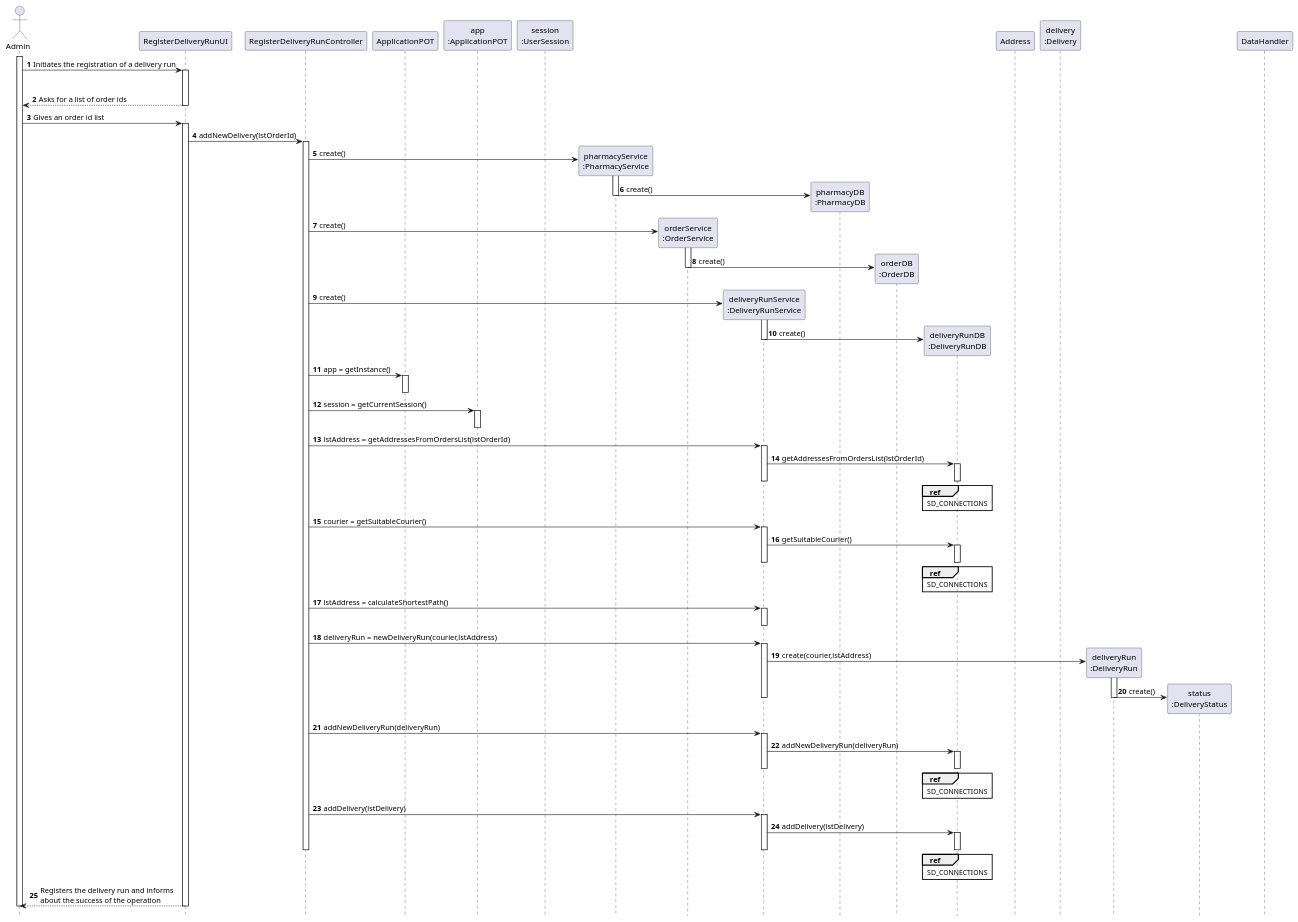
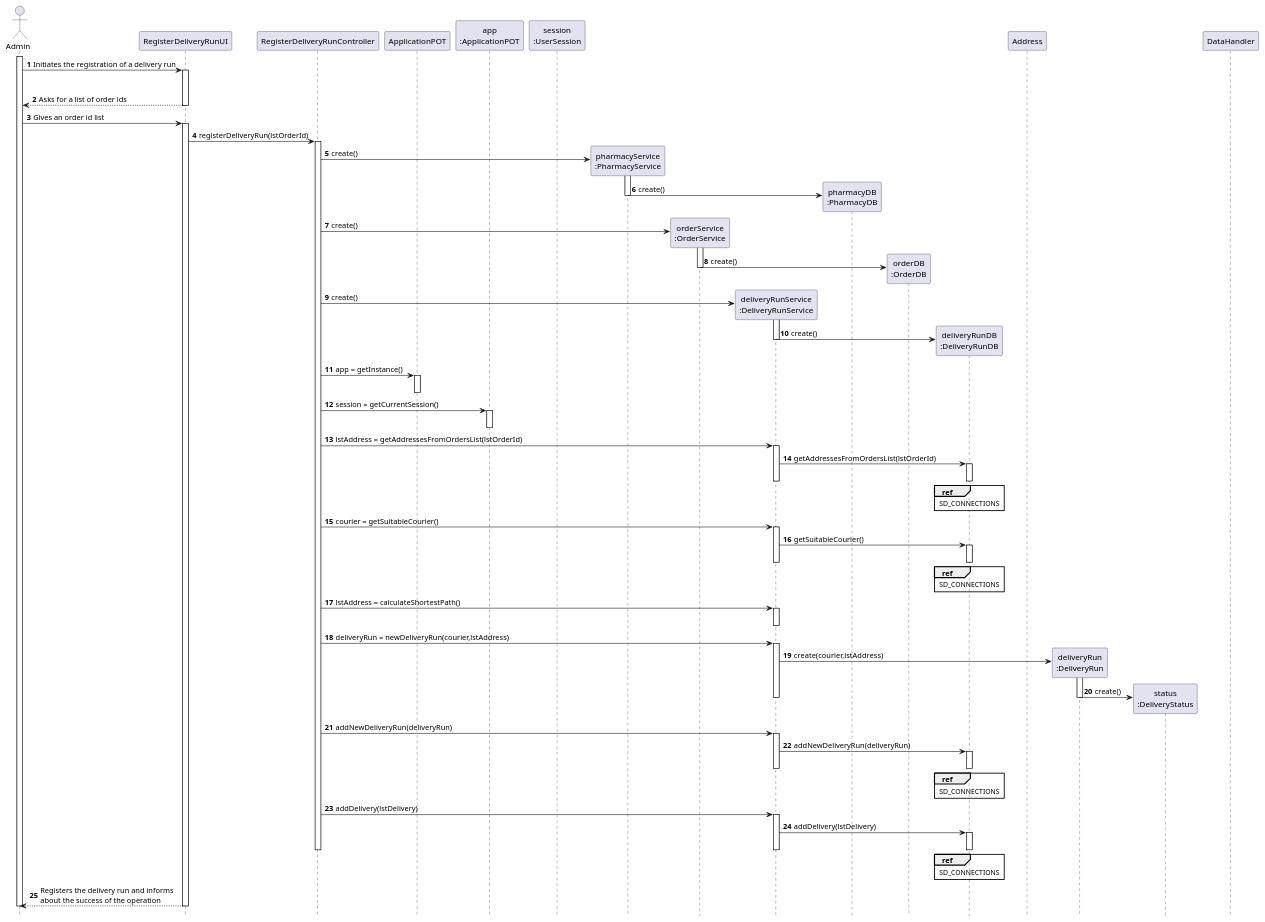
One commit to tiagoavcosta25/LAPR3 changed the diagram in docs/Iteration 2/Delivery Management/US206_RegisterDeliveryRun/US206_SD.puml. Above: the diagram before and after it, drawn with PlantUML. The commit also changed 17 other files, not shown here.

Commit message:
LAPR2AP2-220 #developing Register Delivery Run [Implementation]

```diff
--- a/docs/Iteration 2/Delivery Management/US206_RegisterDeliveryRun/US206_SD.puml
+++ b/docs/Iteration 2/Delivery Management/US206_RegisterDeliveryRun/US206_SD.puml
@@ -1,153 +1,152 @@
 @startuml
 autonumber
 hide footbox
 
 actor "Admin" as U
 
 participant "RegisterDeliveryRunUI" as UI
 participant "RegisterDeliveryRunController" as CTRL
 participant "ApplicationPOT" as _APP
 participant "app\n:ApplicationPOT" as APP
 participant "session\n:UserSession" as SESSION
 
 participant "pharmacyService\n:PharmacyService" as PS
 participant "orderService\n:OrderService" as OS
 participant "deliveryRunService\n:DeliveryRunService" as DRS
 participant "pharmacyDB\n:PharmacyDB" as PDB
 participant "orderDB\n:OrderDB" as ODB
 participant "deliveryRunDB\n:DeliveryRunDB" as DB
 participant "Address" as A
-participant "delivery\n:Delivery" as D
 participant "deliveryRun\n:DeliveryRun" as DR
 participant "status\n:DeliveryStatus" as DS
 
 
 participant "DataHandler" as DH
 
 activate U
 
 U -> UI : Initiates the registration of a delivery run
 activate UI
 
 
 
 
 
 
 
 
 deactivate ODB
 deactivate CTRL
 
 
 UI --> U: Asks for a list of order ids
 
 deactivate UI
 
 
 
 
 U -> UI : Gives an order id list
 activate UI
-UI -> CTRL : addNewDelivery(lstOrderId)
+UI -> CTRL : registerDeliveryRun(lstOrderId)
 activate CTRL
 CTRL -> PS** : create()
 activate PS
 PS -> PDB** : create()
 deactivate PS
 
 CTRL -> OS** : create()
 activate OS
 OS -> ODB** : create()
 deactivate OS
 
 CTRL -> DRS** : create()
 activate DRS
 DRS -> DB** : create()
 deactivate DRS
 CTRL -> _APP: app = getInstance()
 activate _APP
 deactivate _APP
 
 CTRL -> APP : session = getCurrentSession()
 activate APP
 deactivate APP
 
 
 CTRL -> DRS : lstAddress = getAddressesFromOrdersList(lstOrderId)
 activate DRS
 DRS -> DB : getAddressesFromOrdersList(lstOrderId)
 activate DB
 
 ref over DB
 SD_CONNECTIONS
 end ref
 deactivate DB
 deactivate DRS
 
 
 
 CTRL -> DRS : courier = getSuitableCourier()
 activate DRS
 DRS -> DB : getSuitableCourier()
 activate DB
 deactivate DB
 deactivate DRS
 
 ref over DB
 SD_CONNECTIONS
 end ref
 
 CTRL -> DRS : lstAddress = calculateShortestPath()
 activate DRS
 deactivate DRS
 CTRL -> DRS : deliveryRun = newDeliveryRun(courier,lstAddress)
 activate DRS
 DRS -> DR** : create(courier,lstAddress)
 activate DR
 DR -> DS** : create()
 deactivate DRS
 
 
 
 deactivate DR
 
 CTRL -> DRS : addNewDeliveryRun(deliveryRun)
 activate DRS
 DRS -> DB : addNewDeliveryRun(deliveryRun)
 activate DB
 deactivate DRS
 ref over DB
 SD_CONNECTIONS
 end ref
 deactivate DB
 
 CTRL -> DRS : addDelivery(lstDelivery)
 activate DRS
 DRS -> DB : addDelivery(lstDelivery)
 
 activate DB
 ref over DB
 SD_CONNECTIONS
 end ref
 deactivate DB
 deactivate DRS
 
 deactivate CTRL
 
 UI --> U : Registers the delivery run and informs\nabout the success of the operation
 deactivate UI
 
 
 
 
 
 
 
 
 
 
 deactivate U
 
 
 @enduml
```
